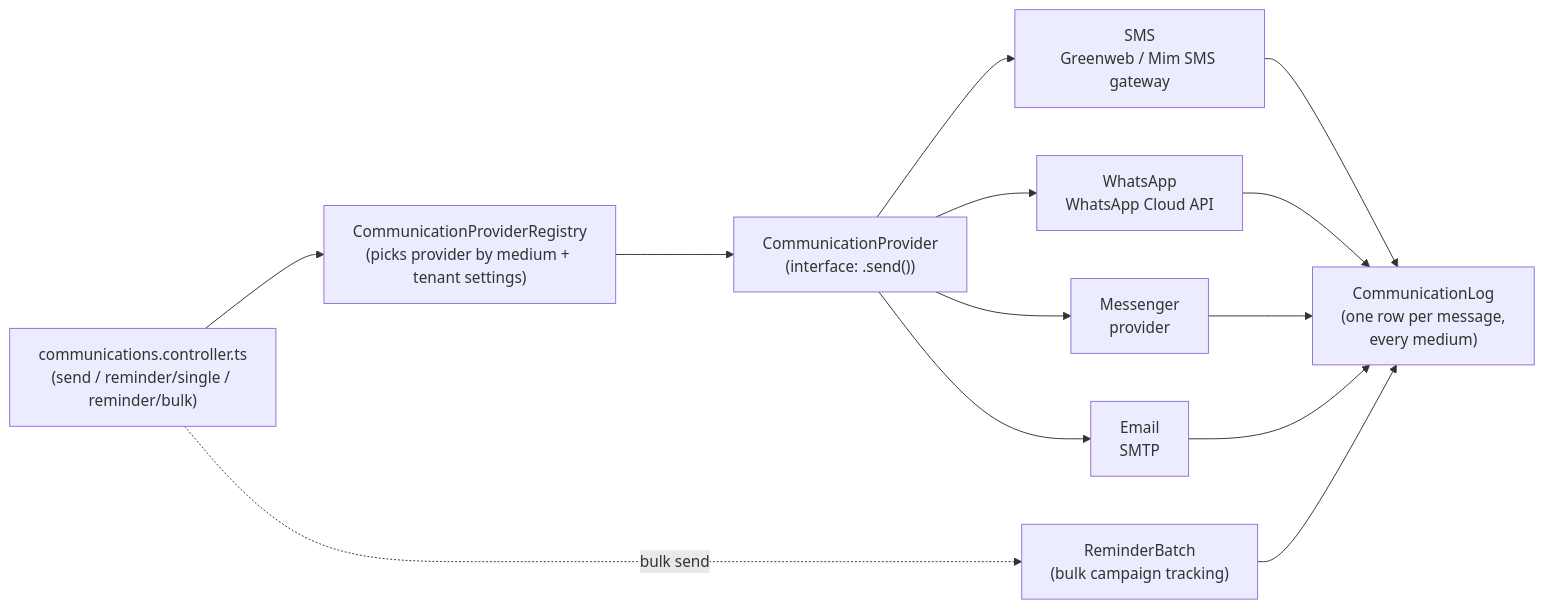
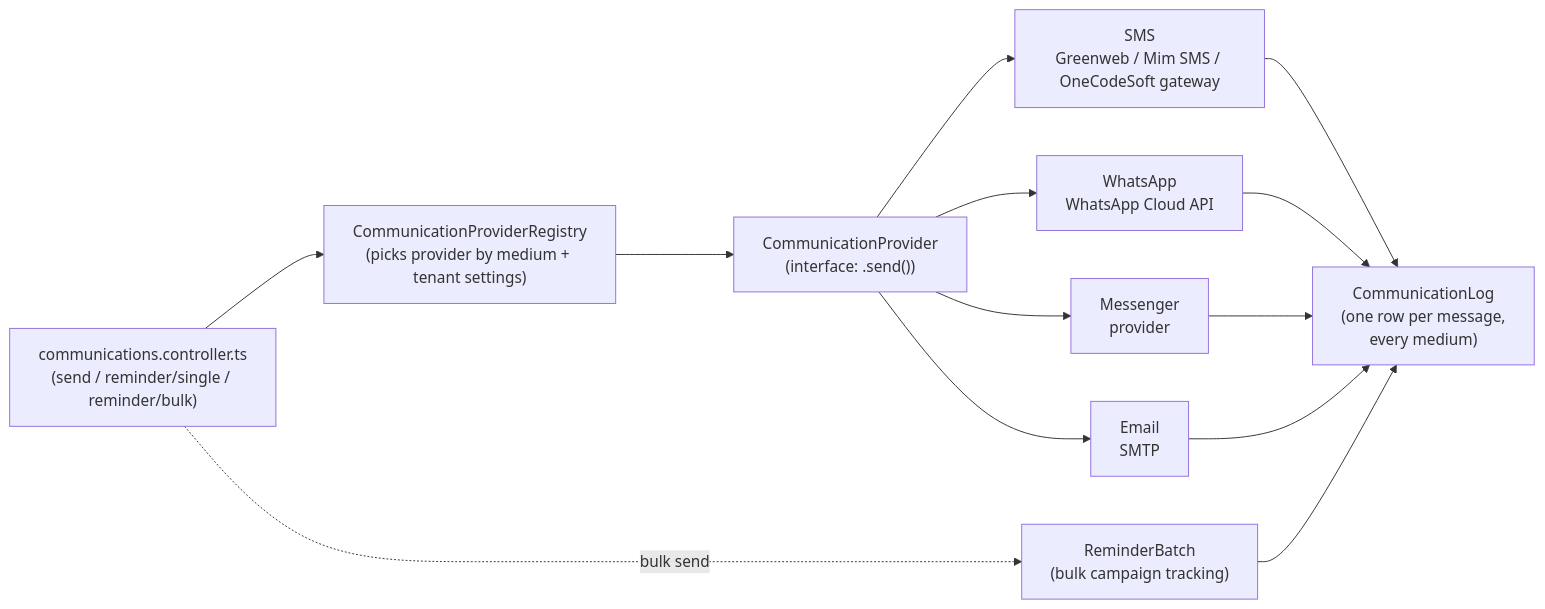
The first of 12 diagrams in docs/architecture/05-communications.md (tareq89/biddaloy), drawn with Mermaid before and after one commit. The commit also changed other lines of this file and 28 other files, not shown here.

````diff
--- a/docs/architecture/05-communications.md
+++ b/docs/architecture/05-communications.md
@@ -9,25 +9,25 @@
 ```mermaid
 flowchart LR
     CTRL["communications.controller.ts\n(send / reminder/single / reminder/bulk)"]
     REG["CommunicationProviderRegistry\n(picks provider by medium + tenant settings)"]
     IFACE["CommunicationProvider\n(interface: .send())"]
-    SMS["SMS\nGreenweb / Mim SMS gateway"]
+    SMS["SMS\nGreenweb / Mim SMS / OneCodeSoft gateway"]
     WA["WhatsApp\nWhatsApp Cloud API"]
     MSG["Messenger\nprovider"]
     EMAIL["Email\nSMTP"]
     LOG["CommunicationLog\n(one row per message,\nevery medium)"]
     BATCH["ReminderBatch\n(bulk campaign tracking)"]
 
     CTRL --> REG
     REG --> IFACE
     IFACE --> SMS
     IFACE --> WA
     IFACE --> MSG
     IFACE --> EMAIL
     SMS --> LOG
     WA --> LOG
     MSG --> LOG
     EMAIL --> LOG
     CTRL -.->|"bulk send"| BATCH
     BATCH --> LOG
 ```
````
